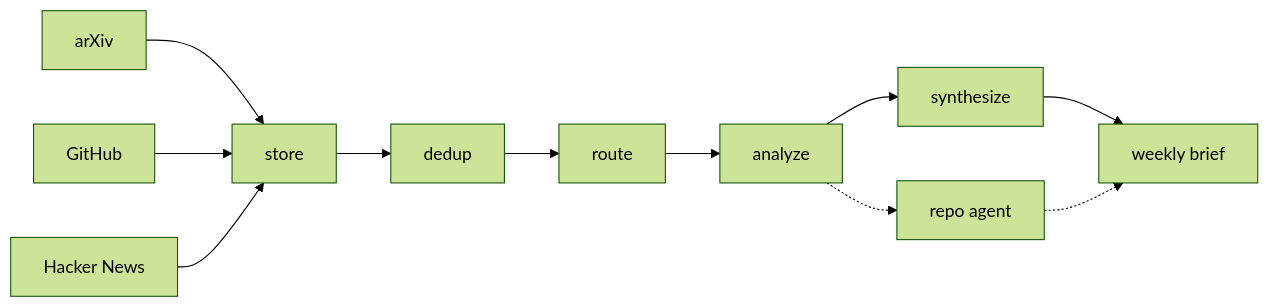
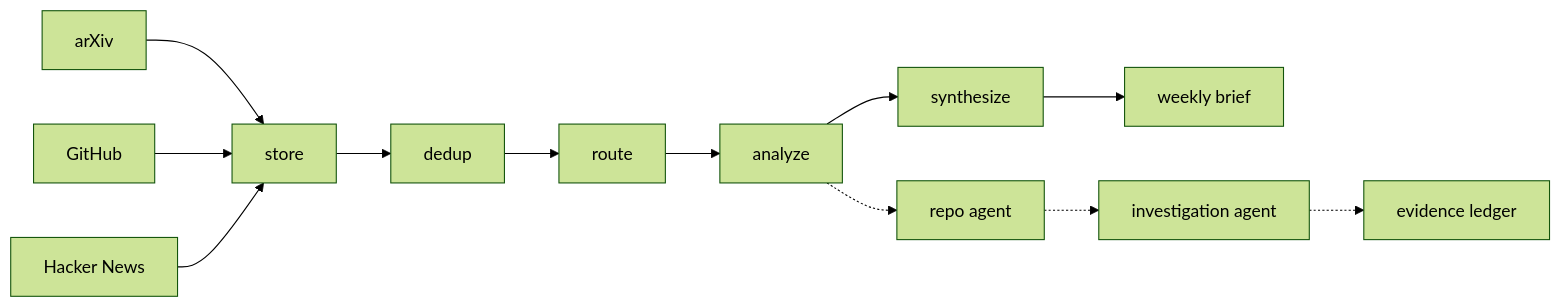
The diagram in README.md (Ashvanth11/proofrun), drawn with Mermaid (forest theme) before and after one commit. The commit also changed other lines of this file and 2 other files, not shown here.

````diff
--- a/README.md
+++ b/README.md
@@ -25,13 +112,14 @@
 ```mermaid
 graph LR
     A[arXiv] --> S[store]
     B[GitHub] --> S
     C[Hacker News] --> S
     S --> D[dedup]
     D --> R[route]
     R --> AN[analyze]
     AN --> SY[synthesize]
     SY --> BR[weekly brief]
     AN -.-> AG[repo agent]
-    AG -.-> BR
+    AG -.-> IN[investigation agent]
+    IN -.-> LED[evidence ledger]
 ```
````
